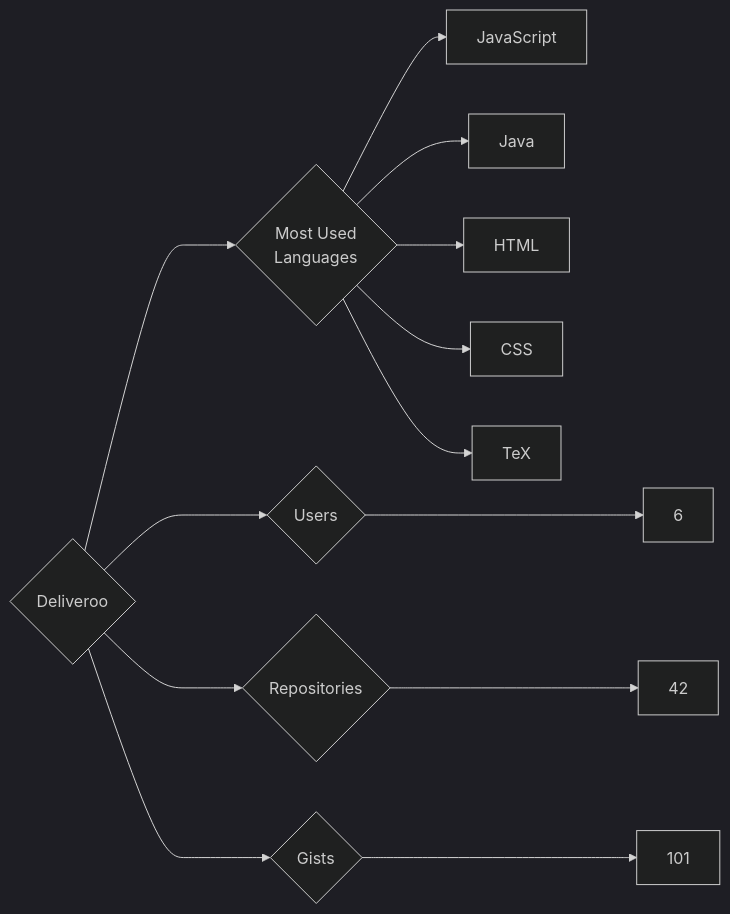
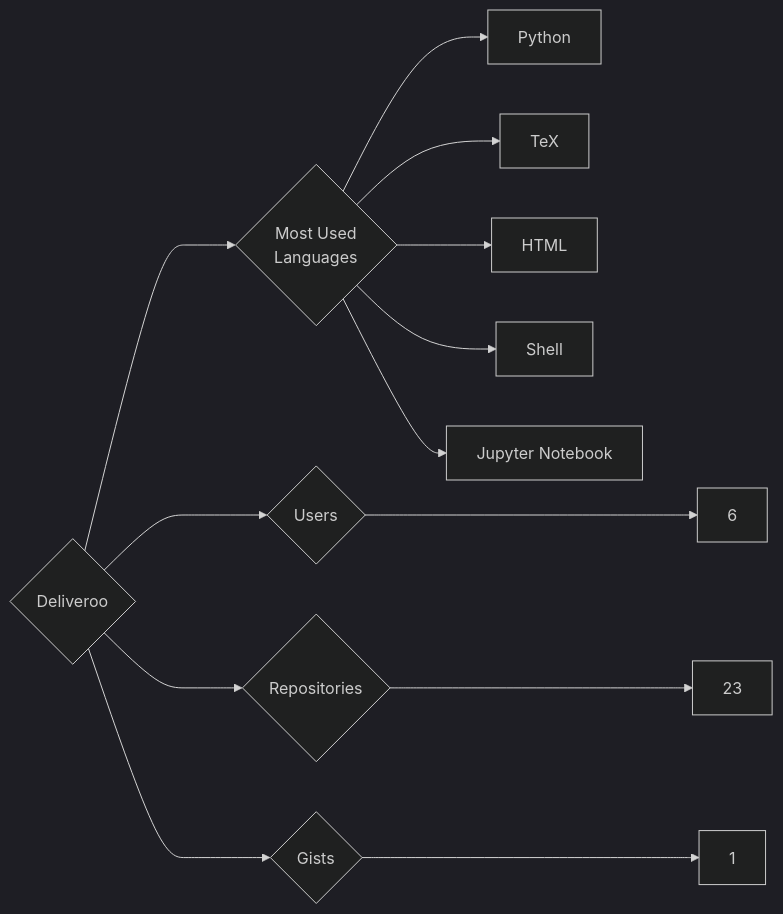
The diagram in targets/Deliveroo/README.md (trickest/insiders), drawn with Mermaid (dark theme) before and after one commit. The commit also changed 985 other files, not shown here.

````diff
--- a/targets/Deliveroo/README.md
+++ b/targets/Deliveroo/README.md
@@ -3,13 +3,13 @@
 ```mermaid
 graph LR
 COMPANY_NAME{Deliveroo}
 COMPANY_NAME ---> U{Users} ---> UN[6]
-COMPANY_NAME ---> R{Repositories} ---> RN[42]
-COMPANY_NAME ---> G{Gists} ---> GN[101]
+COMPANY_NAME ---> R{Repositories} ---> RN[23]
+COMPANY_NAME ---> G{Gists} ---> GN[1]
 COMPANY_NAME ---> ML{Most Used<br>Languages}
-ML --> JavaScript[JavaScript]
-ML --> Java[Java]
+ML --> Python[Python]
+ML --> TeX[TeX]
 ML --> HTML[HTML]
-ML --> CSS[CSS]
-ML --> TeX[TeX]
+ML --> Shell[Shell]
+ML --> Jupyter_Notebook[Jupyter Notebook]
 ```
````
